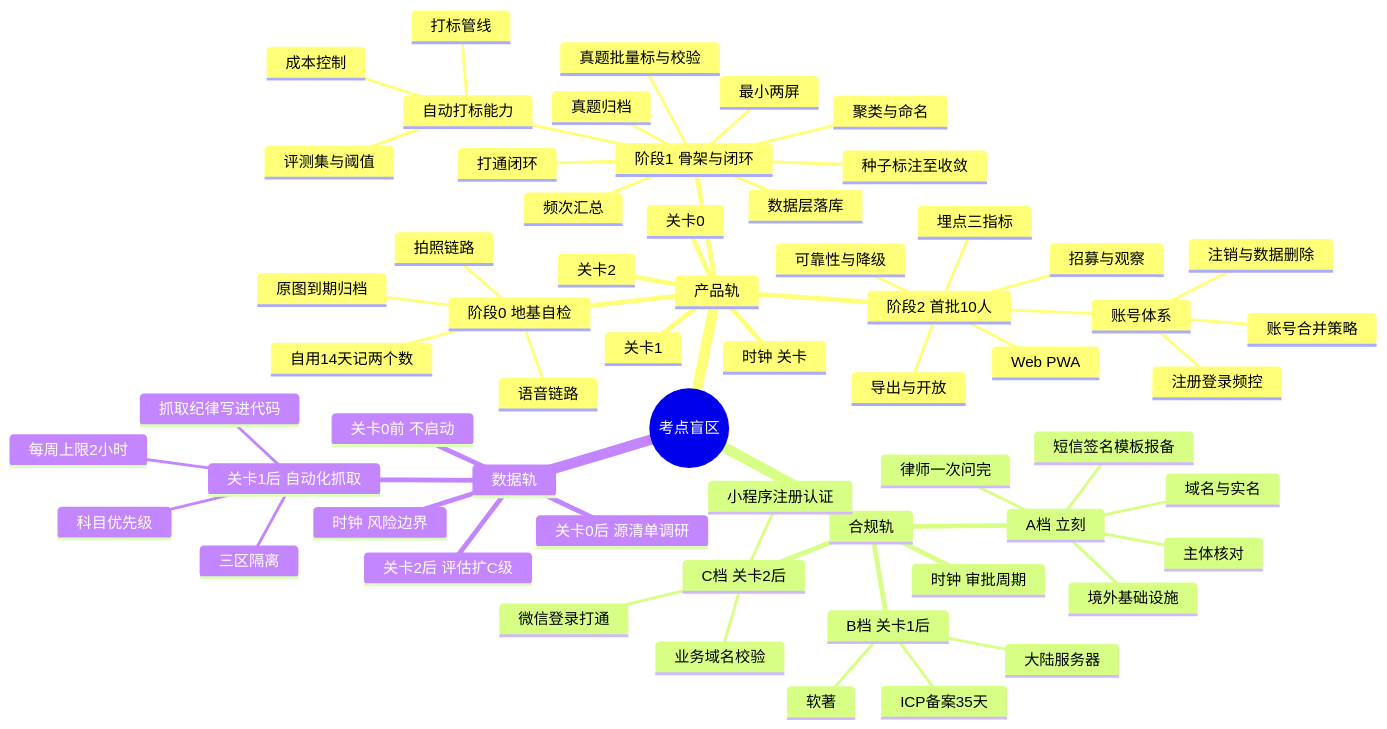
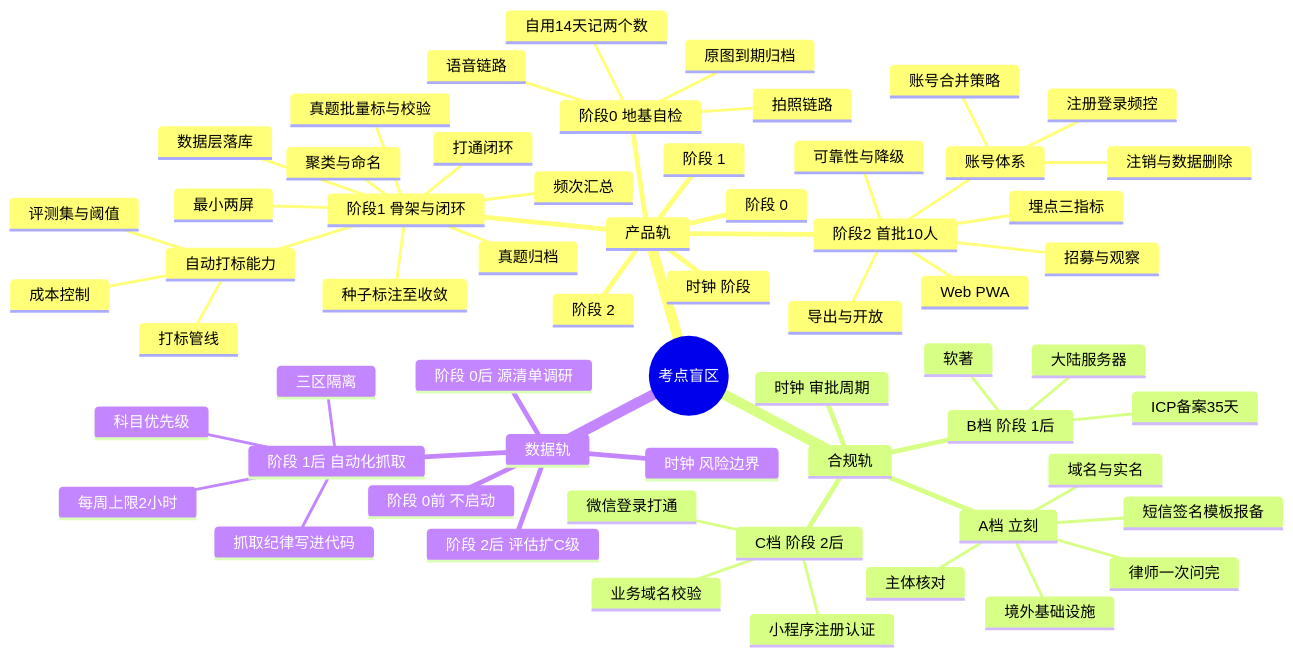
The diagram in docs/execution/INDEX.md (chenyuanjin/kubic), drawn with Mermaid before and after one commit. The commit also changed other lines of this file and 249 other files, not shown here.

````diff
--- a/docs/execution/INDEX.md
+++ b/docs/execution/INDEX.md
@@ -15,63 +15,63 @@
 ```mermaid
 mindmap
   root((考点盲区))
     产品轨
-      时钟 关卡
+      时钟 阶段
       阶段0 地基自检
         语音链路
         拍照链路
         原图到期归档
         自用14天记两个数
-      关卡0
+      阶段 0
       阶段1 骨架与闭环
         真题归档
         种子标注至收敛
         聚类与命名
         数据层落库
         自动打标能力
           打标管线
           评测集与阈值
           成本控制
         真题批量标与校验
         频次汇总
         打通闭环
         最小两屏
-      关卡1
+      阶段 1
       阶段2 首批10人
         账号体系
           注册登录频控
           账号合并策略
           注销与数据删除
         Web PWA
         导出与开放
         可靠性与降级
         埋点三指标
         招募与观察
-      关卡2
+      阶段 2
     合规轨
       时钟 审批周期
       A档 立刻
         域名与实名
         主体核对
         律师一次问完
         短信签名模板报备
         境外基础设施
-      B档 关卡1后
+      B档 阶段 1后
         大陆服务器
         ICP备案35天
         软著
-      C档 关卡2后
+      C档 阶段 2后
         小程序注册认证
         业务域名校验
         微信登录打通
     数据轨
       时钟 风险边界
-      关卡0前 不启动
-      关卡0后 源清单调研
-      关卡1后 自动化抓取
+      阶段 0前 不启动
+      阶段 0后 源清单调研
+      阶段 1后 自动化抓取
         抓取纪律写进代码
         三区隔离
         科目优先级
         每周上限2小时
-      关卡2后 评估扩C级
+      阶段 2后 评估扩C级
 ```
````
